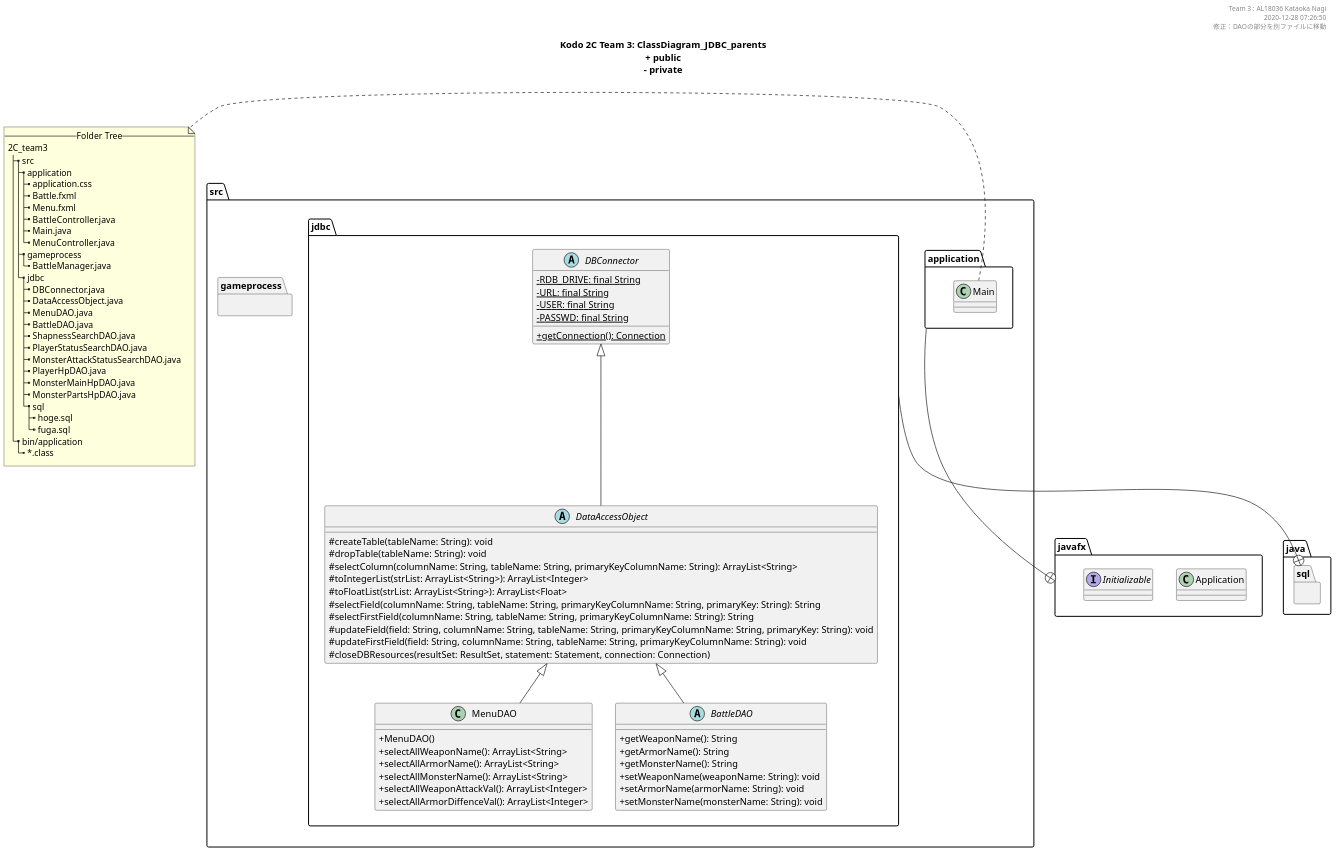
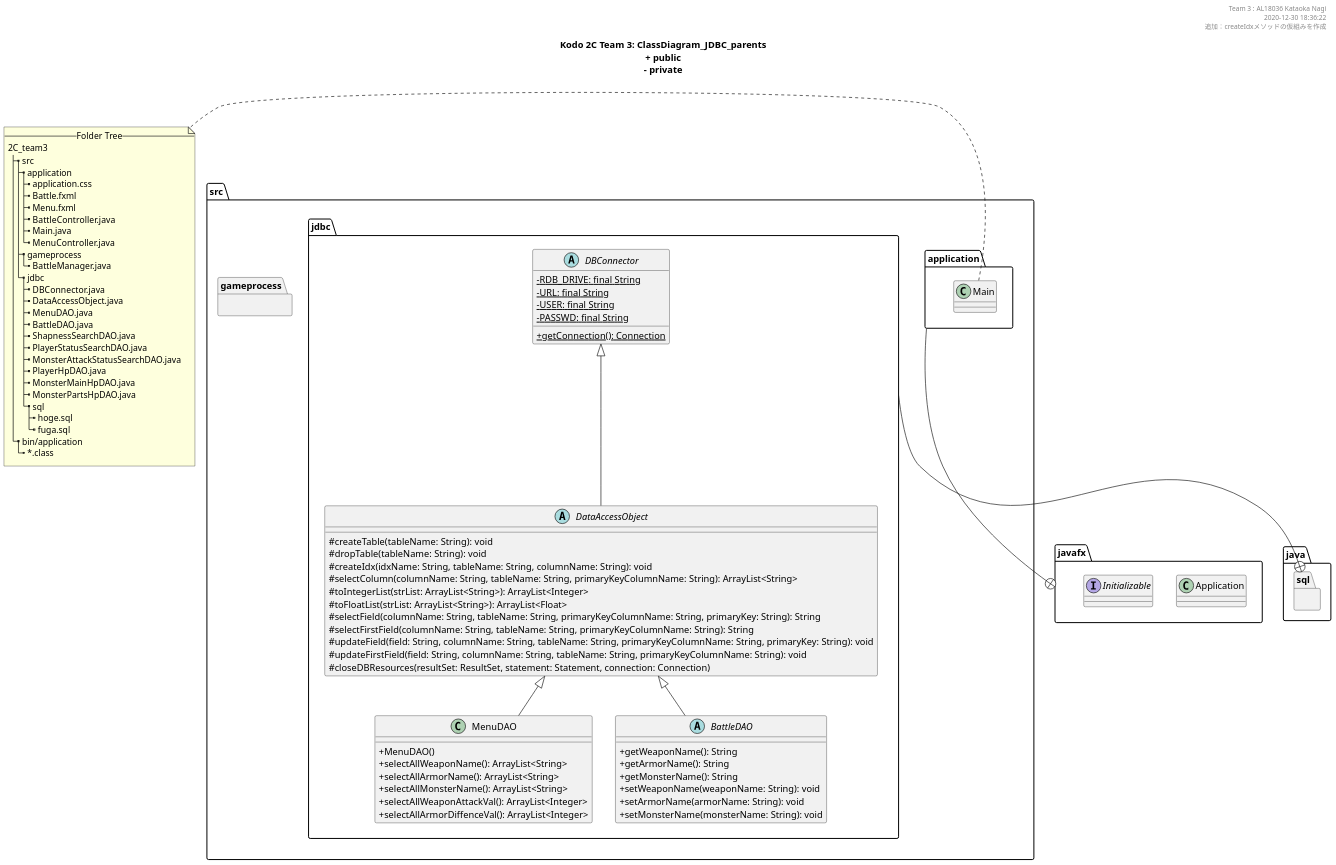
Before and after one commit to KataokaNagi/2C_team3: the diagram in uml/ClassDiagram_JDBC_parents.pu, drawn with PlantUML. The commit also changed other lines of this file and 9 other files, not shown here.

Commit message:
create*Idx()の仮組の作成

```diff
--- a/uml/ClassDiagram_JDBC_parents.pu
+++ b/uml/ClassDiagram_JDBC_parents.pu
@@ -14,161 +14,162 @@
 @startuml ./ClassDiagram_JDBC_parents.png
 scale 1.5
 skinparam DefaultFontName メイリオ
 ' 可視性の変更
 skinparam classAttributeIconSize 0
 
 ''''''''''''''''''''''''''''''''''''''''''''''''''
 
 header 
 Team 3 : AL18036 Kataoka Nagi
-2020-12-28 07:26:50
-修正：DAOの部分を別ファイルに移動
+2020-12-30 18:36:22
+追加：createIdxメソッドの仮組みを作成
 end header
 
 ''''''''''''''''''''''''''''''''''''''''''''''''''
 
 title
 **Kodo 2C Team 3: ClassDiagram_JDBC_parents**
 + public
 ~- private
 end title
 ' __static__
 
 ''''''''''''''''''''''''''''''''''''''''''''''''''''''''''''''''''''''''''''''''
 
 package src {
   package src.application {
     class Main
   }
   package src.gameprocess {
   }
   package src.jdbc {
   }
 }
 
 ''''''''''''''''''''''''''''''''''''''''''''''''''''''''''''''''''''''''''''''''
 
 note left
   --Folder Tree--
   2C_team3
   |_ src
     |_ application
       |_ application.css
       |_ Battle.fxml
       |_ Menu.fxml
       |_ BattleController.java
       |_ Main.java
       |_ MenuController.java
     |_ gameprocess
       |_ BattleManager.java
     |_ jdbc
       |_ DBConnector.java
       |_ DataAccessObject.java
       |_ MenuDAO.java
       |_ BattleDAO.java
       |_ ShapnessSearchDAO.java
       |_ PlayerStatusSearchDAO.java
       |_ MonsterAttackStatusSearchDAO.java
       |_ PlayerHpDAO.java
       |_ MonsterMainHpDAO.java
       |_ MonsterPartsHpDAO.java
       |_ sql
         |_ hoge.sql
         |_ fuga.sql
   |_ bin/application
     |_ ~*.class
 end note
 
 ''''''''''''''''''''''''''''''''''''''''''''''''''''''''''''''''''''''''''''''''
 
 package java.sql {
 }
 
 package javafx {
   class Application
   Interface Initializable
 }
 
 src.jdbc --+ java.sql
 src.application --+ javafx
 
 ''''''''''''''''''''''''''''''''''''''''''''''''''
 
 ' @note クラスの命名規則
 ' @see  https://qiita.com/KeithYokoma/items/ee21fec6a3ebb5d1e9a8
 
 package src.application {
 }
 
 ' 記事のクラス
   ' class ApplicationController extends Initializable {
   '   - dropDown: ChoiceBox<String>
   '   - textBox: TextField
   '   - button: Button
 
   '   + initialize(location: URL, resources: ResourceBundle): void
   '   + onClick(event: ActionEvent): void
   '   + getToolType(): ChoiceBox<String>
   '   + setToolType(toolType: ChoiceBox<String>): void
   '   + getInputFile(): TextField
   '   + setInputFile(textBox: TextField): void
   '   + getReference(): Button
   '   + setReference(button: Button): void
   ' }
 
 
 ''''''''''''''''''''''''''''''''''''''''''''''''''
 
 package src.gameprocess {
 }
 
 ''''''''''''''''''''''''''''''''''''''''''''''''''
 
 package src.jdbc {
   ' @note DAO pattern
   ' @see https://kanda-it-school-kensyu.com/java-jdbc-contents/jj_ch04/jj_0401/
 
   abstract class DBConnector {
     - {static} RDB_DRIVE: final String
     - {static} URL: final String
     - {static} USER: final String
     - {static} PASSWD: final String
 
     + {static} getConnection(): Connection
   }
 
   abstract class DataAccessObject extends DBConnector {
     # createTable(tableName: String): void
     # dropTable(tableName: String): void
+    # createIdx(idxName: String, tableName: String, columnName: String): void
     # selectColumn(columnName: String, tableName: String, primaryKeyColumnName: String): ArrayList<String>
     # toIntegerList(strList: ArrayList<String>): ArrayList<Integer>
     # toFloatList(strList: ArrayList<String>): ArrayList<Float>
     # selectField(columnName: String, tableName: String, primaryKeyColumnName: String, primaryKey: String): String
     # selectFirstField(columnName: String, tableName: String, primaryKeyColumnName: String): String
     # updateField(field: String, columnName: String, tableName: String, primaryKeyColumnName: String, primaryKey: String): void
     # updateFirstField(field: String, columnName: String, tableName: String, primaryKeyColumnName: String): void
     # closeDBResources(resultSet: ResultSet, statement: Statement, connection: Connection)
   }
 
   class MenuDAO extends DataAccessObject {
     + MenuDAO()
     + selectAllWeaponName(): ArrayList<String>
     + selectAllArmorName(): ArrayList<String>
     + selectAllMonsterName(): ArrayList<String>
     + selectAllWeaponAttackVal(): ArrayList<Integer>
     + selectAllArmorDiffenceVal(): ArrayList<Integer>
   }
 
   abstract class BattleDAO extends DataAccessObject {
   + getWeaponName(): String
   + getArmorName(): String
   + getMonsterName(): String
   + setWeaponName(weaponName: String): void
   + setArmorName(armorName: String): void
   + setMonsterName(monsterName: String): void
   }
 }
 
 ''''''''''''''''''''''''''''''''''''''''''''''''''''''''''''''''''''''''''''''''
 
 @enduml
```
